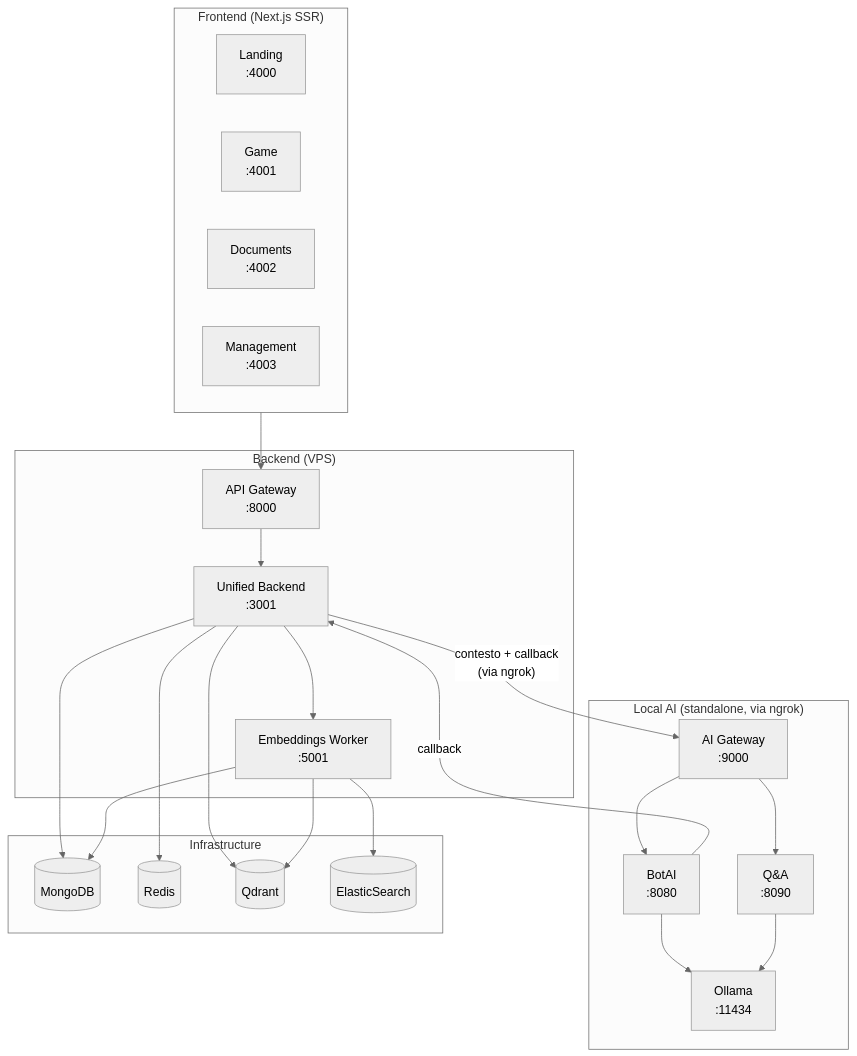
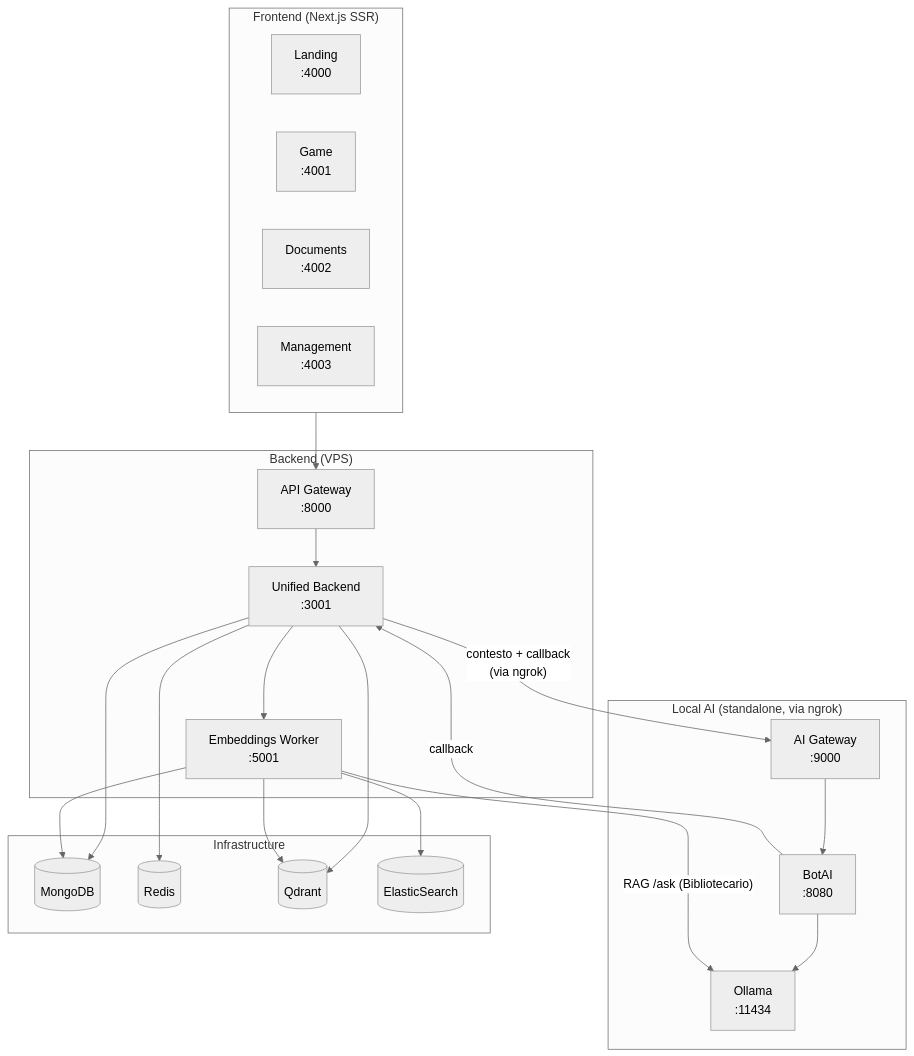
The diagram in README.md (pagliagen/tenpennynovels), drawn with Mermaid (neutral theme) before and after one commit. The commit also changed other lines of this file and 523 other files, not shown here.

````diff
--- a/README.md
+++ b/README.md
@@ -44,45 +44,43 @@
 ```mermaid
 flowchart TD
     subgraph frontend ["Frontend (Next.js SSR)"]
         Landing["Landing\n:4000"]
         Game["Game\n:4001"]
         Documents["Documents\n:4002"]
         Management["Management\n:4003"]
     end
 
     subgraph backend ["Backend (VPS)"]
         Gateway["API Gateway\n:8000"]
         Unified["Unified Backend\n:3001"]
         Embeddings["Embeddings Worker\n:5001"]
     end
 
     subgraph localai ["Local AI (standalone, via ngrok)"]
         AIGateway["AI Gateway\n:9000"]
         BotAI["BotAI\n:8080"]
-        QA["Q&A\n:8090"]
         Ollama["Ollama\n:11434"]
     end
 
     subgraph infra ["Infrastructure"]
         MongoDB[(MongoDB)]
         Redis[(Redis)]
         Qdrant[(Qdrant)]
         ES[(ElasticSearch)]
     end
 
     frontend --> Gateway
     Gateway --> Unified
     Unified --> MongoDB
     Unified --> Redis
     Unified --> Qdrant
     Unified --> Embeddings
     Unified -->|"contesto + callback\n(via ngrok)"| AIGateway
     AIGateway --> BotAI
-    AIGateway --> QA
     BotAI --> Ollama
-    QA --> Ollama
     BotAI -->|"callback"| Unified
     Embeddings --> Qdrant
     Embeddings --> ES
     Embeddings --> MongoDB
+    Embeddings -->|"RAG /ask (Bibliotecario)"| Ollama
 ```
````
